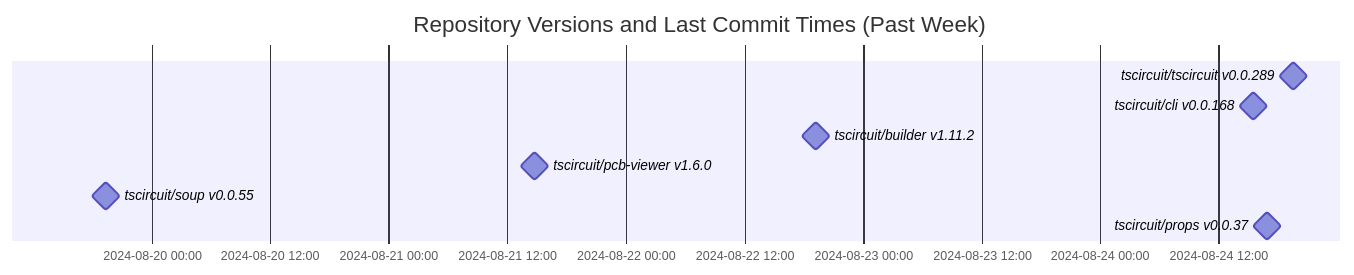
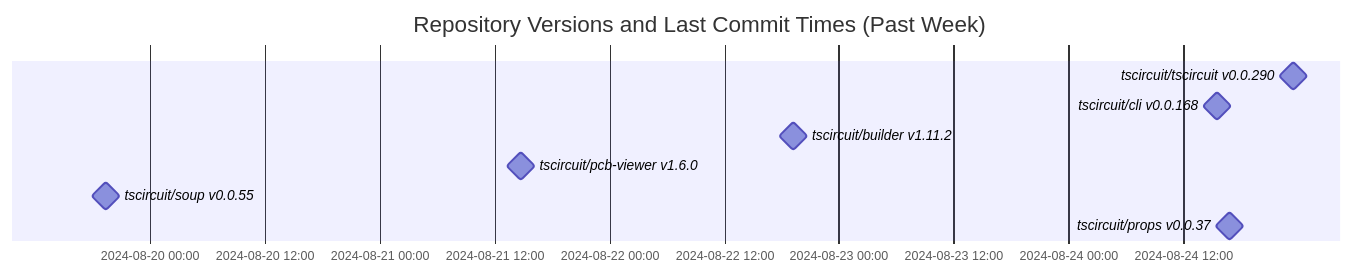
One commit to tscircuit/version-tracker changed the diagram in README.md. Above: the diagram before and after it, drawn with Mermaid.

Commit message:
Update chart

````diff
--- a/README.md
+++ b/README.md
@@ -1,13 +1,13 @@
 ```mermaid
 gantt
   dateFormat  YYYY-MM-DD HH:mm:ss
   title Repository Versions and Last Commit Times (Past Week)
   axisFormat %Y-%m-%d %H:%M
 
-  tscircuit/tscircuit v0.0.289 : milestone, 2024-08-24 19:33:12, 1s
+  tscircuit/tscircuit v0.0.290 : milestone, 2024-08-24 23:31:28, 1s
   tscircuit/cli v0.0.168 : milestone, 2024-08-24 15:32:19, 1s
   tscircuit/builder v1.11.2 : milestone, 2024-08-22 19:17:19, 1s
   tscircuit/pcb-viewer v1.6.0 : milestone, 2024-08-21 14:48:25, 1s
   tscircuit/soup v0.0.55 : milestone, 2024-08-19 19:22:24, 1s
   tscircuit/props v0.0.37 : milestone, 2024-08-24 16:52:00, 1s
 ```
````
